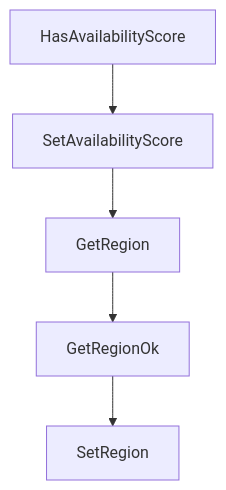
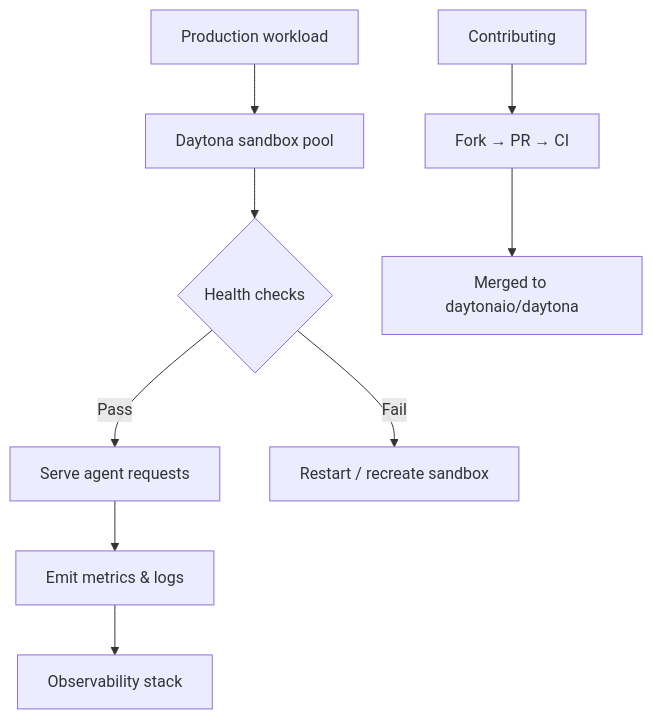
The diagram in tutorials/daytona-tutorial/08-production-operations-and-contribution.md (johnxie/awesome-code-docs), drawn with Mermaid before and after one commit. The commit also changed other lines of this file and 1232 other files, not shown here.

````diff
--- a/tutorials/daytona-tutorial/08-production-operations-and-contribution.md
+++ b/tutorials/daytona-tutorial/08-production-operations-and-contribution.md
@@ -212,12 +43,11 @@
 ```mermaid
 flowchart TD
-    A[HasAvailabilityScore]
-    B[SetAvailabilityScore]
-    C[GetRegion]
-    D[GetRegionOk]
-    E[SetRegion]
-    A --> B
-    B --> C
-    C --> D
-    D --> E
+    A[Production workload] --> B[Daytona sandbox pool]
+    B --> C{Health checks}
+    C -->|Pass| D[Serve agent requests]
+    C -->|Fail| E[Restart / recreate sandbox]
+    D --> F[Emit metrics & logs]
+    F --> G[Observability stack]
+    H[Contributing] --> I[Fork → PR → CI]
+    I --> J[Merged to daytonaio/daytona]
 ```
````
